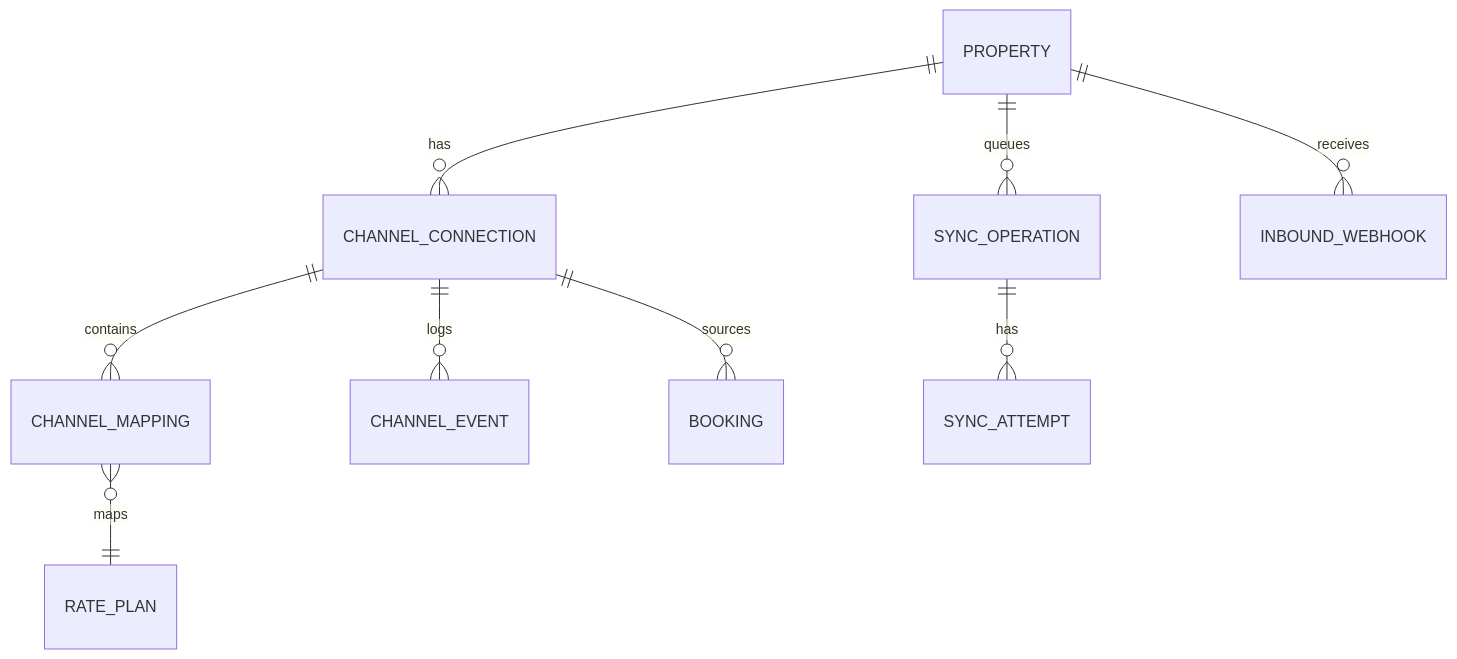
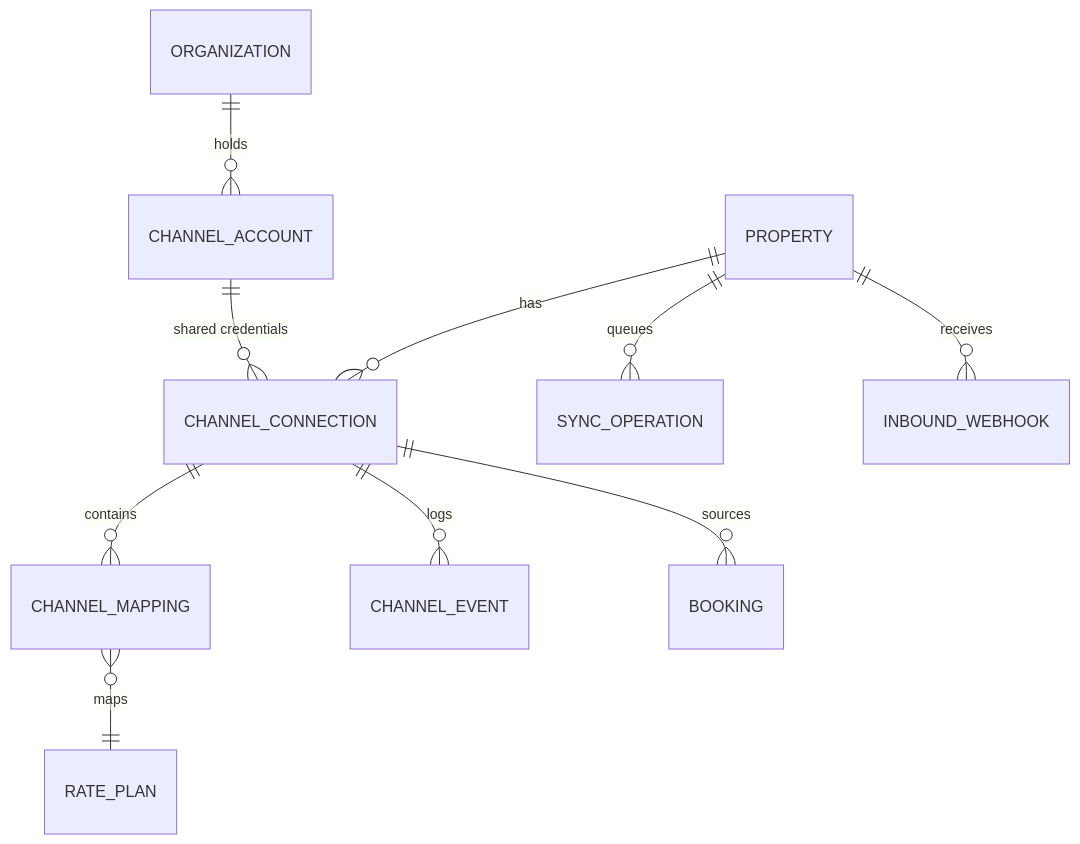
The third of 6 diagrams in docs/specs/03-domain-model.md (henihaddad/channex-pms), drawn with Mermaid before and after one commit. The commit also changed other lines of this file and 19 other files, not shown here.

````diff
--- a/docs/specs/03-domain-model.md
+++ b/docs/specs/03-domain-model.md
@@ -108,11 +132,12 @@
 ```mermaid
 erDiagram
   PROPERTY ||--o{ CHANNEL_CONNECTION : has
   CHANNEL_CONNECTION ||--o{ CHANNEL_MAPPING : contains
   CHANNEL_MAPPING }o--|| RATE_PLAN : maps
   CHANNEL_CONNECTION ||--o{ CHANNEL_EVENT : logs
   CHANNEL_CONNECTION ||--o{ BOOKING : sources
+  ORGANIZATION ||--o{ CHANNEL_ACCOUNT : holds
+  CHANNEL_ACCOUNT ||--o{ CHANNEL_CONNECTION : "shared credentials"
   PROPERTY ||--o{ SYNC_OPERATION : queues
-  SYNC_OPERATION ||--o{ SYNC_ATTEMPT : has
   PROPERTY ||--o{ INBOUND_WEBHOOK : receives
 ```
````
